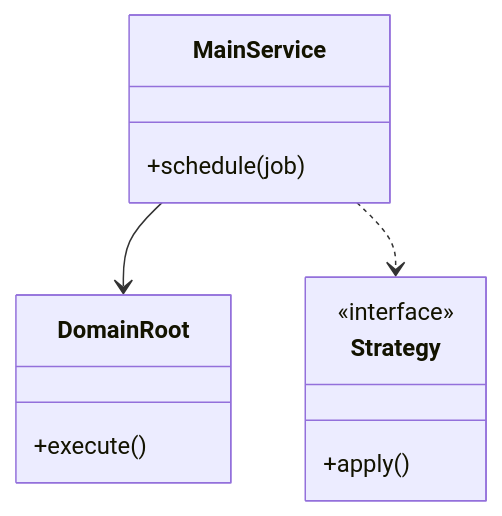
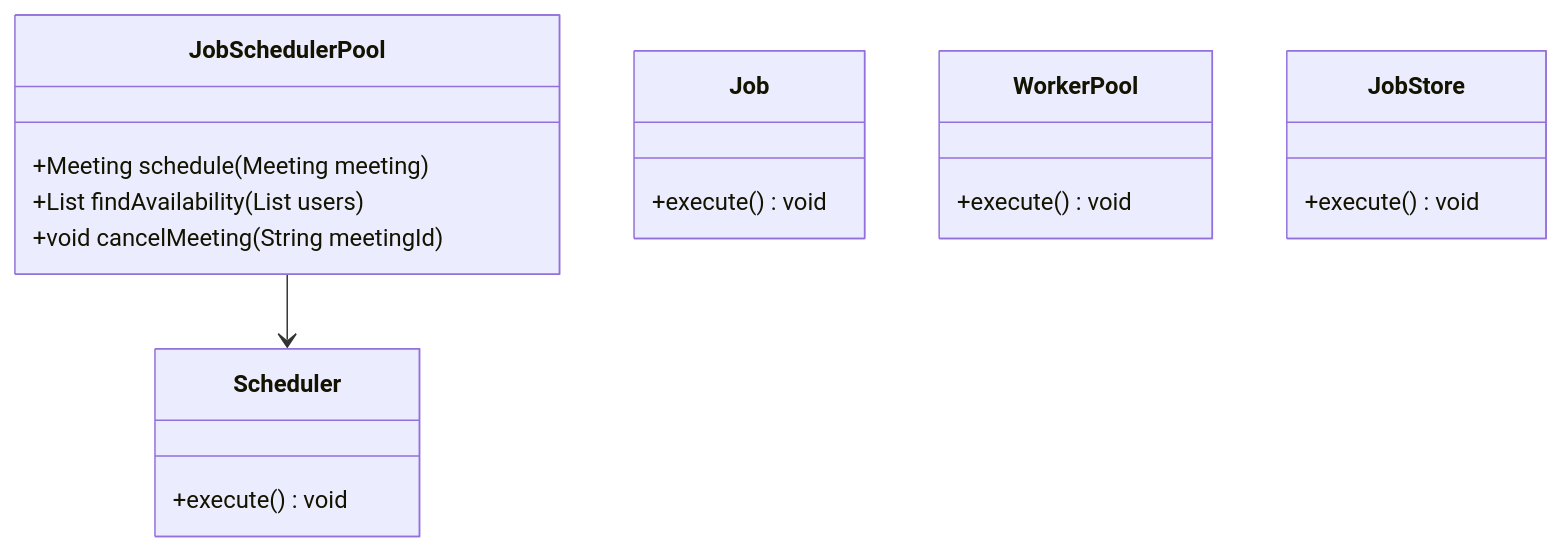
Before and after one commit to madhupaila/Interview-Prep-SSE: the first of 3 diagrams in Learn/System Design - Low Level Design/04-concurrency-lld/questions/Q13-job-scheduler-pool.md, drawn with Mermaid. The commit also changed other lines of this file and 491 other files, not shown here.

````diff
--- a/Learn/System Design - Low Level Design/04-concurrency-lld/questions/Q13-job-scheduler-pool.md
+++ b/Learn/System Design - Low Level Design/04-concurrency-lld/questions/Q13-job-scheduler-pool.md
@@ -74,15 +92,21 @@
 ```mermaid
 classDiagram
-    class MainService {
-        +schedule(job)
+    class JobSchedulerPool {
+        +Meeting schedule(Meeting meeting)
+        +List<TimeSlot> findAvailability(List<Participant> users)
+        +void cancelMeeting(String meetingId)
     }
-    class DomainRoot {
-        +execute()
+    class Scheduler {
+        +execute() void
     }
-    class Strategy {
-        <<interface>>
-        +apply()
+    class Job {
+        +execute() void
     }
-    MainService --> DomainRoot
-    MainService ..> Strategy
+    class WorkerPool {
+        +execute() void
+    }
+    class JobStore {
+        +execute() void
+    }
+    JobSchedulerPool --> Scheduler
 ```
````
